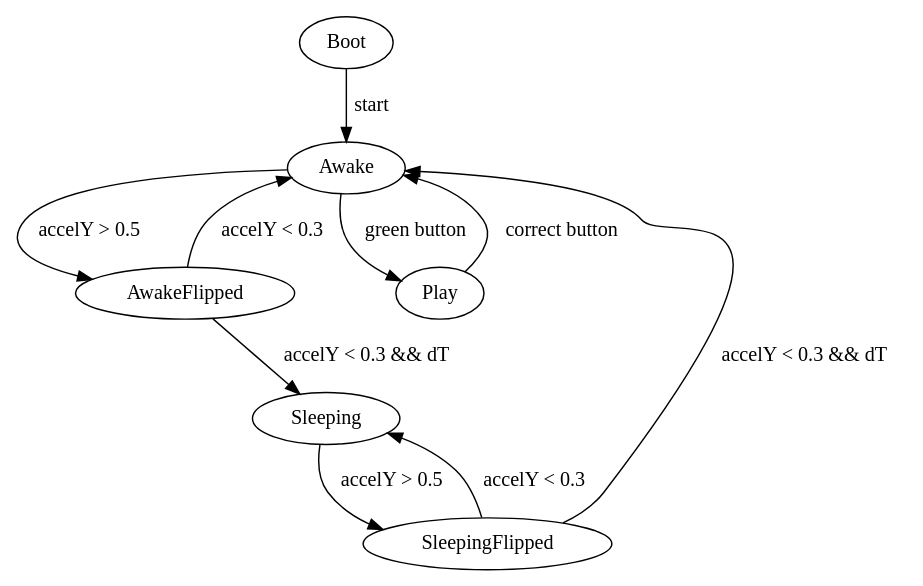
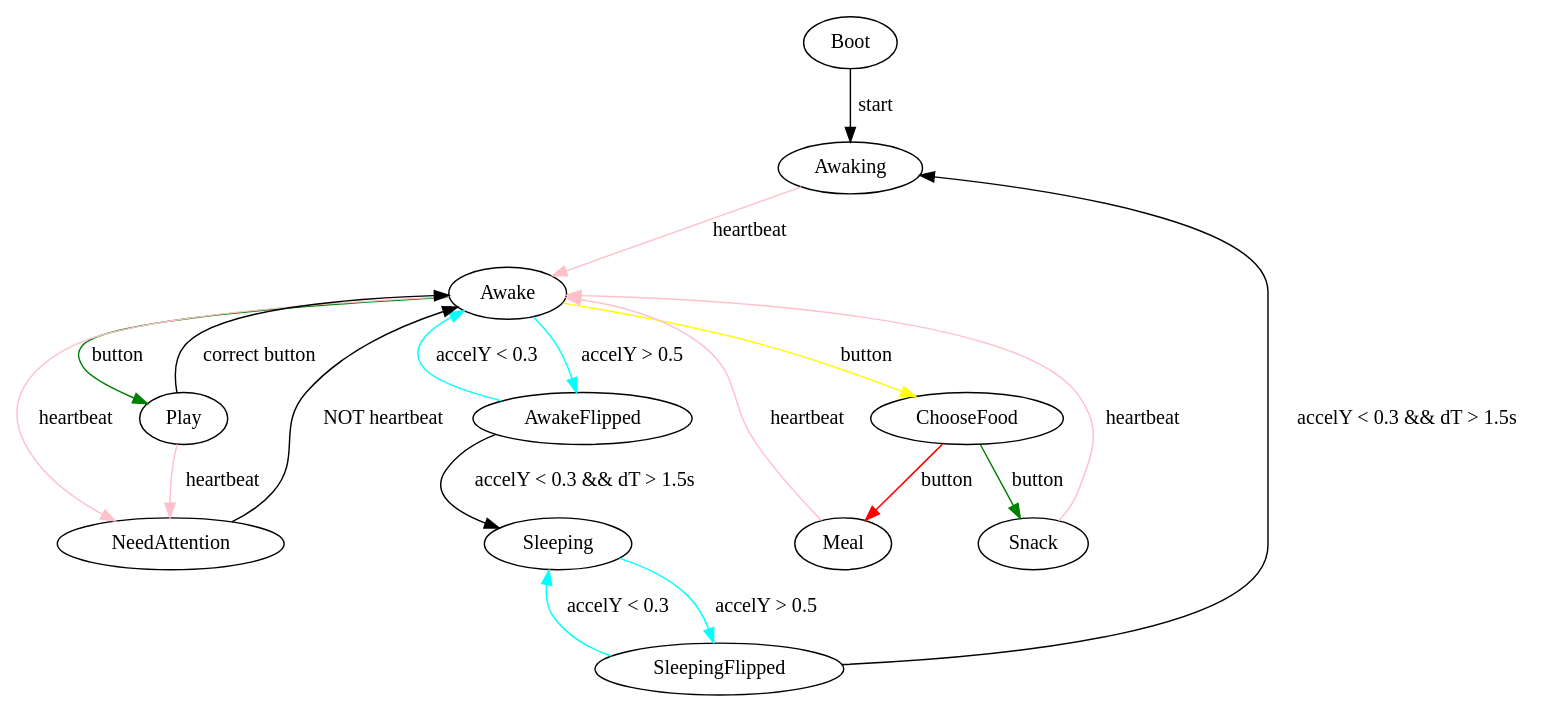
The diagram in states.dot (titouanc/sicp-project), drawn with Graphviz before and after one commit. The commit also changed 8 other files, not shown here.

Commit message:
[enh] Mo4r graphics; mo4r features

```diff
--- a/states.dot
+++ b/states.dot
@@ -1,14 +1,25 @@
 digraph virtualpet {
-    Boot -> Awake [label="start"];
+    Boot -> Awaking [label="start"];
+    Awaking -> Awake [label="heartbeat", color="pink"];
 
-    Awake -> AwakeFlipped [label="accelY > 0.5"];
-    AwakeFlipped -> Awake [label="accelY < 0.3"];
-    AwakeFlipped -> Sleeping [label="accelY < 0.3 && dT"];
+    Awake -> AwakeFlipped [label="accelY > 0.5", color="cyan"];
+    AwakeFlipped -> Awake [label="accelY < 0.3", color="cyan"];
+    AwakeFlipped -> Sleeping [label="accelY < 0.3 && dT > 1.5s"];
 
-    Sleeping -> SleepingFlipped [label="accelY > 0.5"];
-    SleepingFlipped -> Sleeping [label="accelY < 0.3"];
-    SleepingFlipped -> Awake [label="accelY < 0.3 && dT"];
+    Sleeping -> SleepingFlipped [label="accelY > 0.5", color="cyan"];
+    SleepingFlipped -> Sleeping [label="accelY < 0.3", color="cyan"];
+    SleepingFlipped -> Awaking [label="accelY < 0.3 && dT > 1.5s"];
 
-    Awake -> Play [label="green button"];
+    Awake -> Play [label="button", color="green"];
     Play -> Awake [label="correct button"];
+
+    Awake -> NeedAttention [label="heartbeat", color="pink"];
+    Play -> NeedAttention [label="heartbeat", color="pink"];
+    NeedAttention -> Awake [label="NOT heartbeat"];
+
+    Awake -> ChooseFood [label="button", color="yellow"];
+    ChooseFood -> Snack [label="button", color="green"];
+    ChooseFood -> Meal  [label="button", color="red"];
+    Snack -> Awake [label="heartbeat", color="pink"];
+    Meal -> Awake [label="heartbeat", color="pink"];
 }
```
